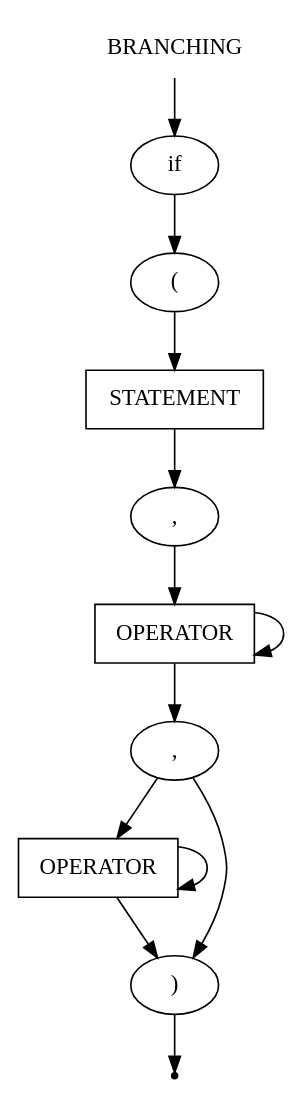
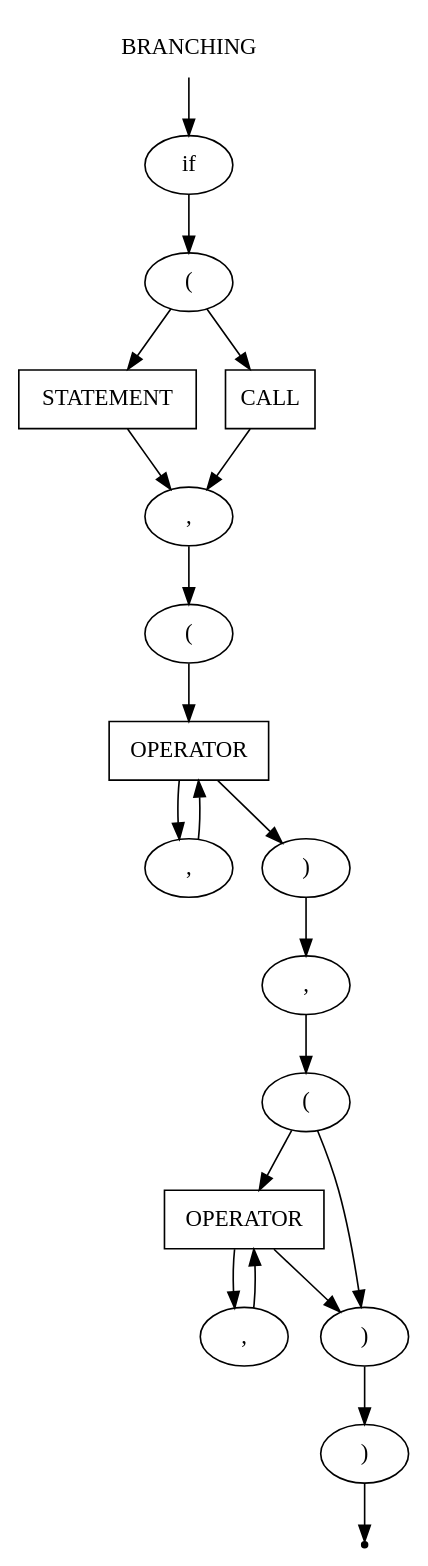
The diagram in src/PSADParser/grammar/branching.gv (IMZolin/PSAD), drawn with Graphviz before and after one commit. The commit also changed 10 other files, not shown here.

```diff
--- a/src/PSADParser/grammar/branching.gv
+++ b/src/PSADParser/grammar/branching.gv
@@ -1,25 +1,40 @@
 digraph BRANCHING{
     start [label=BRANCHING shape=plaintext]
     if [label=if shape=oval]
     statement [label=STATEMENT shape=box]
+    call [label=CALL shape=box]
     oper_true [label=OPERATOR shape=box]
     oper_else [label=OPERATOR shape=box]
     open [label="(" shape=oval]
-    comma_true [label="," shape=oval]
-    comma_else [label="," shape=oval]
+    open_1 [label="(" shape=oval]
+    open_2 [label="(" shape=oval]
+    comma_true_1 [label="," shape=oval]
+    comma_true_2 [label="," shape=oval]
+    comma_else_1 [label="," shape=oval]
+    comma_else_2 [label="," shape=oval]
     close [label=")" shape=oval]
+    close_1 [label=")" shape=oval]
+    close_2 [label=")" shape=oval]
     end [label="" shape=point]
 
     start -> if
     if -> open
     open -> statement
-    statement -> comma_true
-    comma_true -> oper_true
-    oper_true -> oper_true
-    oper_true -> comma_else
-    comma_else -> oper_else
-    comma_else -> close
-    oper_else -> oper_else
-    oper_else -> close
+    open -> call
+    statement -> comma_true_1
+    call -> comma_true_1
+    comma_true_1 -> open_1
+    open_1 -> oper_true
+    oper_true -> comma_true_2
+    comma_true_2 -> oper_true
+    oper_true -> close_1
+    close_1 -> comma_else_1
+    comma_else_1 -> open_2
+    open_2 -> oper_else
+    open_2 -> close_2
+    oper_else -> comma_else_2
+    comma_else_2 -> oper_else
+    oper_else -> close_2
+    close_2 -> close
     close -> end
 }
```
